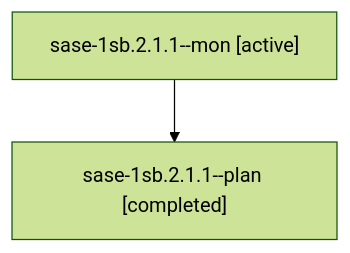
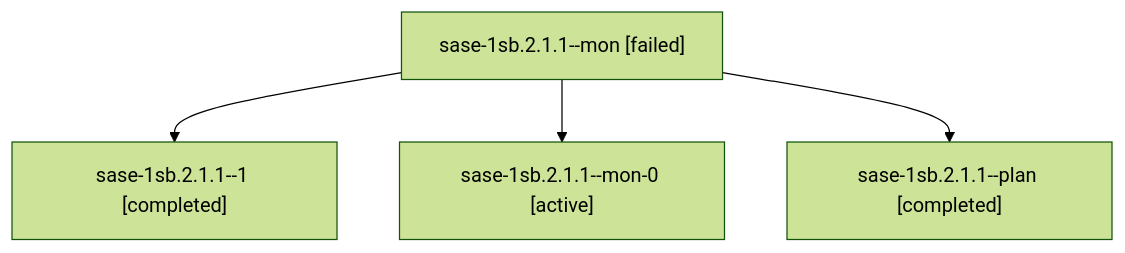
The diagram in sessions/bbugyi200.athena.sase-1sb.2.1.1.md (sase-org/sase--agents), drawn with Mermaid (forest theme) before and after one commit. The commit also changed other lines of this file and 44 other files, not shown here.

````diff
--- a/sessions/bbugyi200.athena.sase-1sb.2.1.1.md
+++ b/sessions/bbugyi200.athena.sase-1sb.2.1.1.md
@@ -9,6 +9,10 @@
 ```mermaid
 flowchart TD
-  n0["sase-1sb.2.1.1--mon [active]"]
-  n1["sase-1sb.2.1.1--plan [completed]"]
+  n0["sase-1sb.2.1.1--mon [failed]"]
+  n1["sase-1sb.2.1.1--1 [completed]"]
   n0 --> n1
+  n2["sase-1sb.2.1.1--mon-0 [active]"]
+  n0 --> n2
+  n3["sase-1sb.2.1.1--plan [completed]"]
+  n0 --> n3
 ```
````
